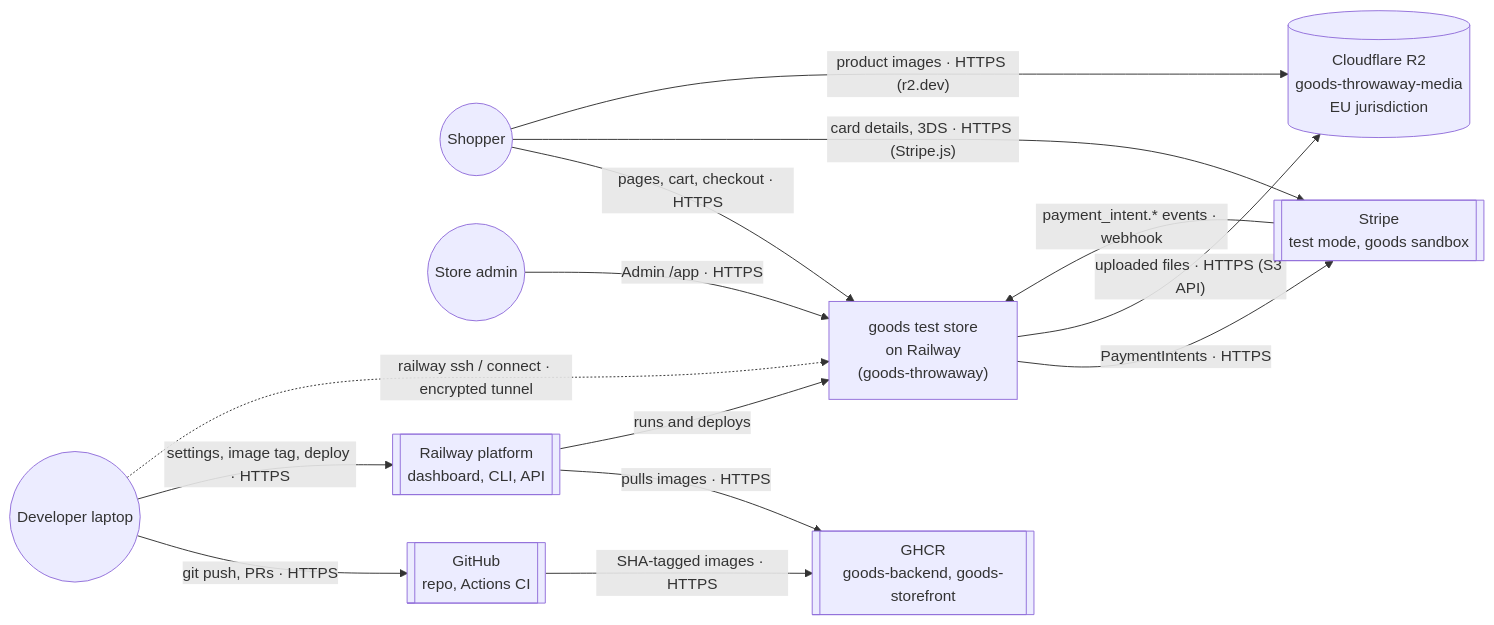
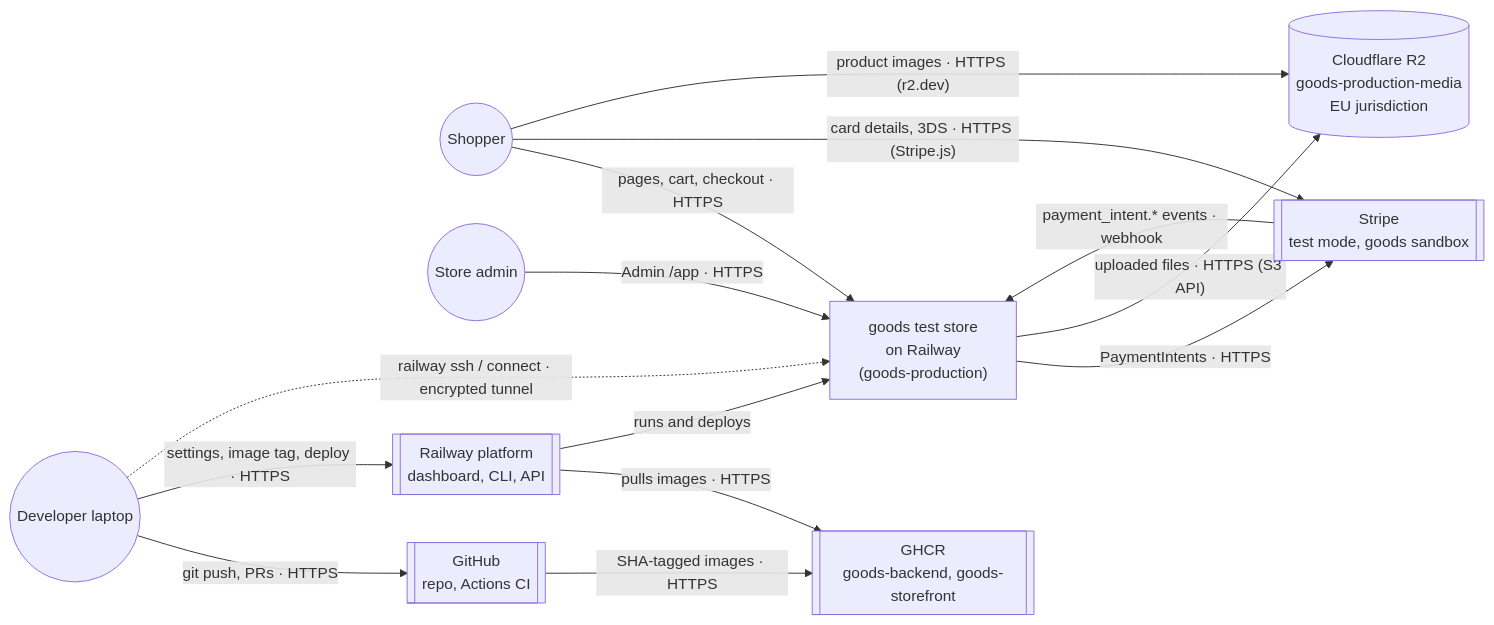
Before and after one commit to Tirso0882/goods: the first of 11 diagrams in docs/architecture/overview.md, drawn with Mermaid. The commit also changed other lines of this file and 2 other files, not shown here.

First line of the commit message:
docs(runbooks): rebuild the real Railway project as goods-production (#18) (#74)

````diff
--- a/docs/architecture/overview.md
+++ b/docs/architecture/overview.md
@@ -25,28 +25,28 @@
 ```mermaid
 flowchart LR
   shopper(("Shopper"))
   admin(("Store admin"))
   dev(("Developer laptop"))
 
-  store["goods test store<br/>on Railway<br/>(goods-throwaway)"]
+  store["goods test store<br/>on Railway<br/>(goods-production)"]
 
   stripe[["Stripe<br/>test mode, goods sandbox"]]
-  r2[("Cloudflare R2<br/>goods-throwaway-media<br/>EU jurisdiction")]
+  r2[("Cloudflare R2<br/>goods-production-media<br/>EU jurisdiction")]
   github[["GitHub<br/>repo, Actions CI"]]
   ghcr[["GHCR<br/>goods-backend, goods-storefront"]]
   railway[["Railway platform<br/>dashboard, CLI, API"]]
 
   shopper -->|"pages, cart, checkout · HTTPS"| store
   shopper -->|"card details, 3DS · HTTPS (Stripe.js)"| stripe
   shopper -->|"product images · HTTPS (r2.dev)"| r2
   admin -->|"Admin /app · HTTPS"| store
   store -->|"PaymentIntents · HTTPS"| stripe
   stripe -->|"payment_intent.* events · webhook"| store
   store -->|"uploaded files · HTTPS (S3 API)"| r2
   dev -->|"git push, PRs · HTTPS"| github
   github -->|"SHA-tagged images · HTTPS"| ghcr
   railway -->|"pulls images · HTTPS"| ghcr
   dev -->|"settings, image tag, deploy · HTTPS"| railway
   railway -->|"runs and deploys"| store
   dev -.->|"railway ssh / connect · encrypted tunnel"| store
 ```
````
